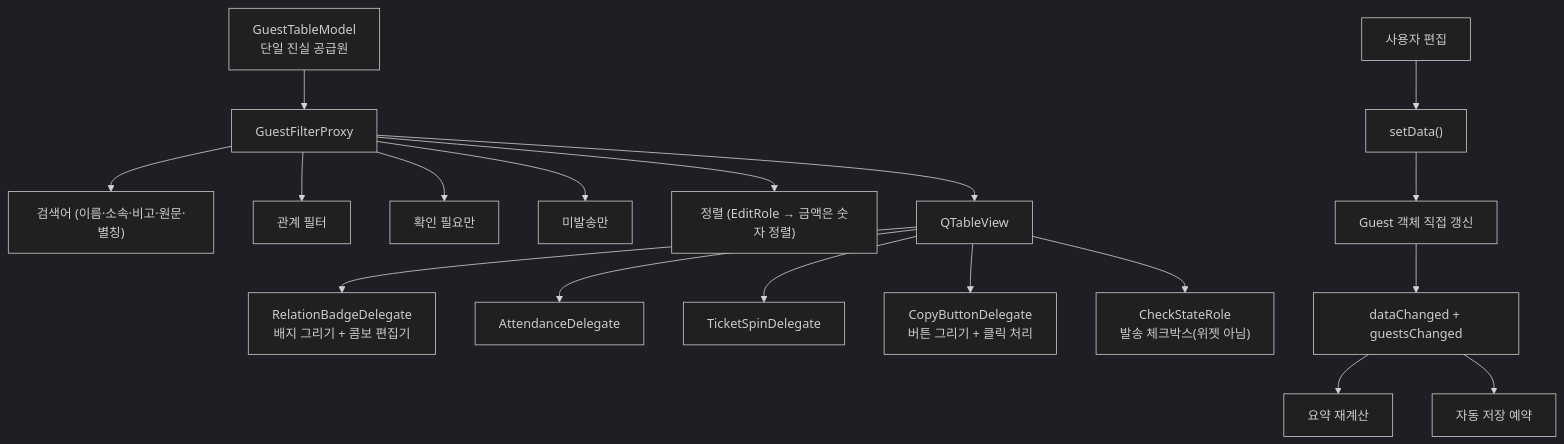
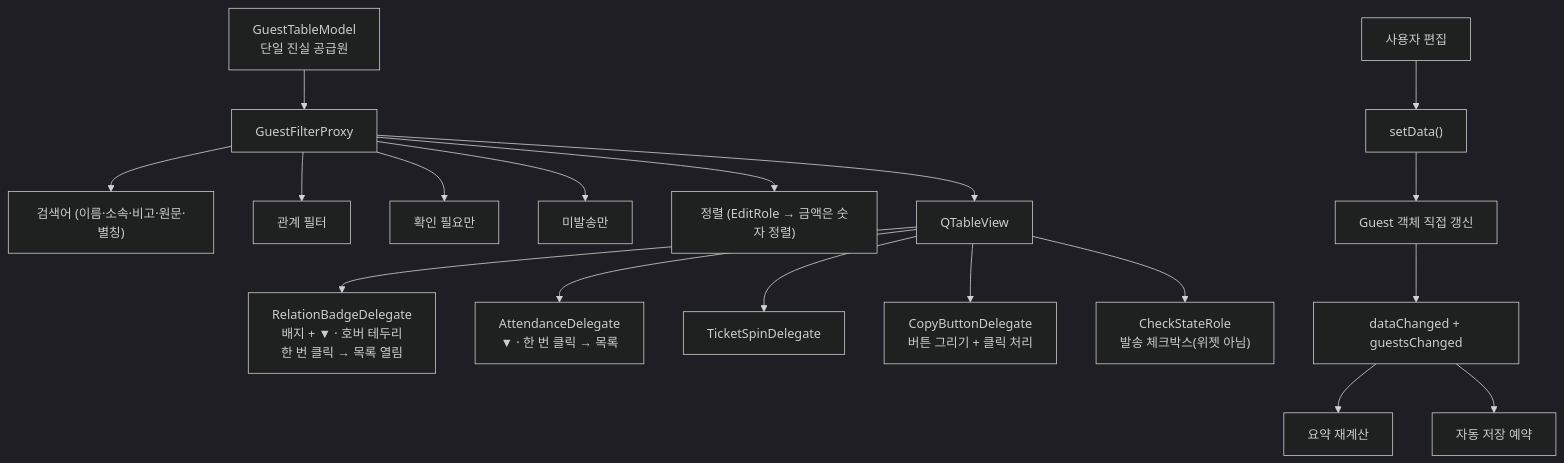
Before and after one commit to gatsjy/ChuguiMaster: the sixth of 12 diagrams in FLOW.md, drawn with Mermaid (dark theme). The commit also changed other lines of this file, not shown here.

First line of the commit message:
docs(flow): Record v2.2 behaviour changes

````diff
--- a/FLOW.md
+++ b/FLOW.md
@@ -221,22 +288,22 @@
 ```mermaid
 flowchart TD
     A["GuestTableModel<br/>단일 진실 공급원"] --> B["GuestFilterProxy"]
     B --> B1["검색어 (이름·소속·비고·원문·별칭)"]
     B --> B2["관계 필터"]
     B --> B3["확인 필요만"]
     B --> B4["미발송만"]
     B --> B5["정렬 (EditRole → 금액은 숫자 정렬)"]
     B --> C["QTableView"]
 
-    C --> D["RelationBadgeDelegate<br/>배지 그리기 + 콤보 편집기"]
-    C --> E["AttendanceDelegate"]
+    C --> D["RelationBadgeDelegate<br/>배지 + ▼ · 호버 테두리<br/>한 번 클릭 → 목록 열림"]
+    C --> E["AttendanceDelegate<br/>▼ · 한 번 클릭 → 목록"]
     C --> F["TicketSpinDelegate"]
     C --> G["CopyButtonDelegate<br/>버튼 그리기 + 클릭 처리"]
     C --> H["CheckStateRole<br/>발송 체크박스(위젯 아님)"]
 
     I["사용자 편집"] --> J["setData()"]
     J --> K["Guest 객체 직접 갱신"]
     K --> L["dataChanged + guestsChanged"]
     L --> M["요약 재계산"]
     L --> N["자동 저장 예약"]
 ```
````
